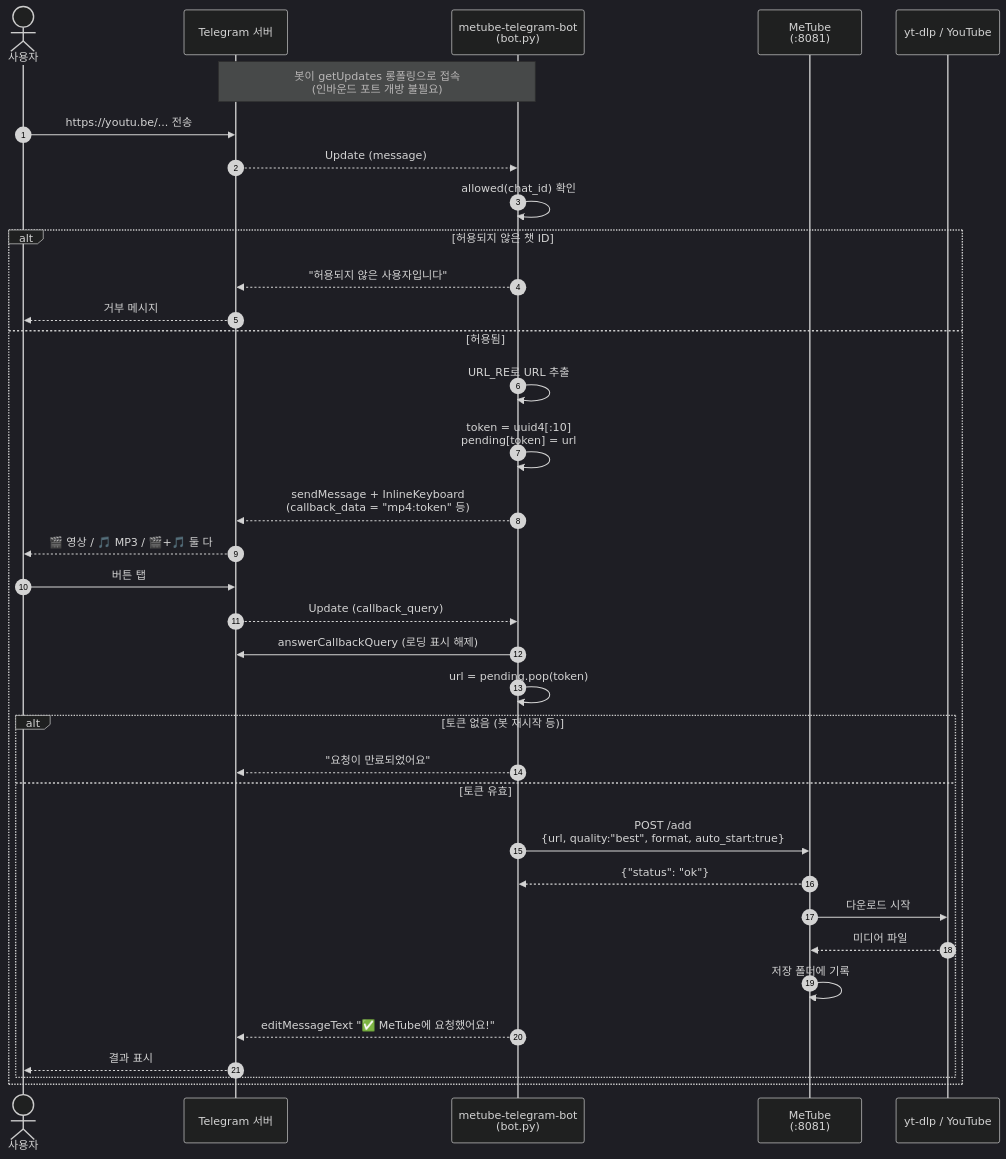
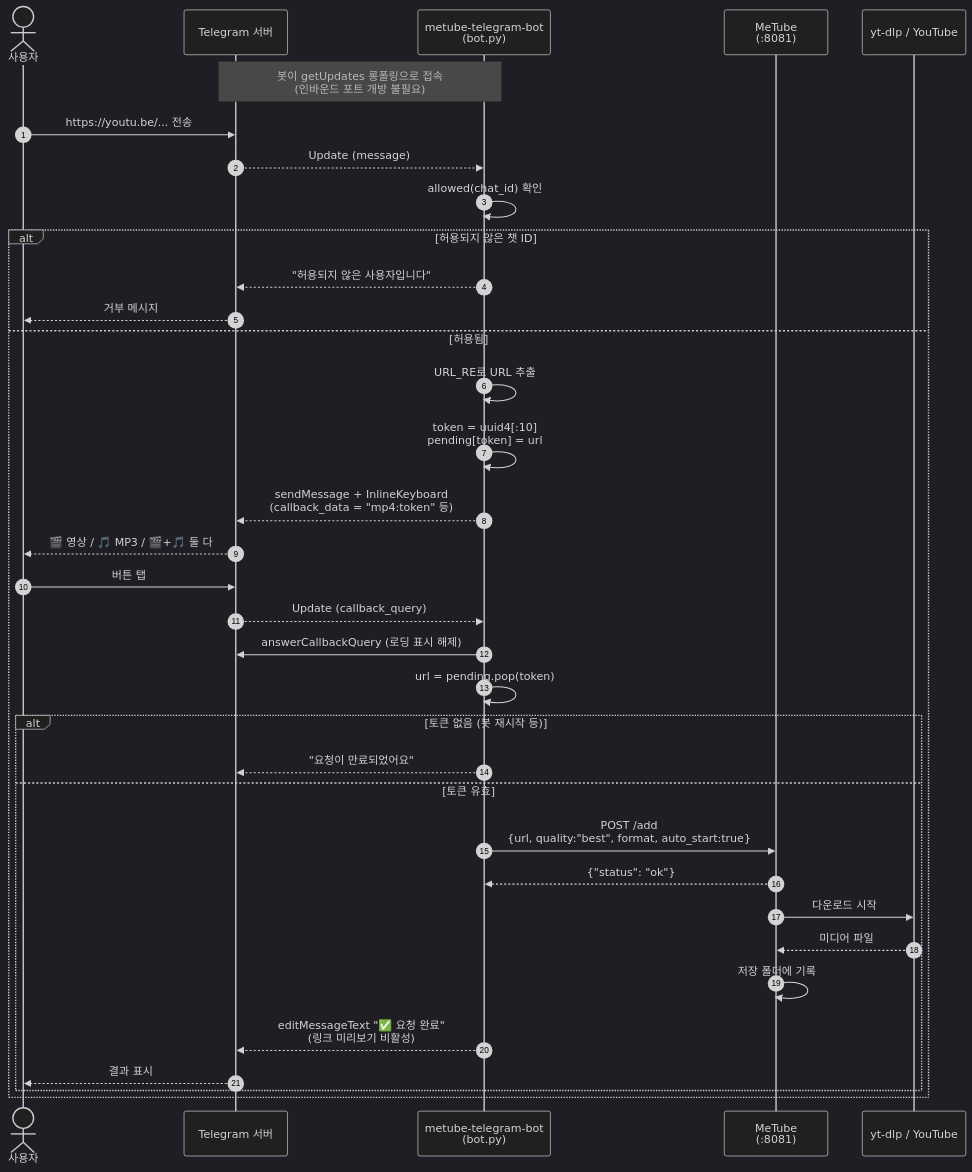
One commit to progh2/metube-telegram-bot changed the first of 7 diagrams in README.md. Above: the diagram before and after it, drawn with Mermaid (dark theme). The commit also changed other lines of this file and 1 other file, not shown here.

First line of the commit message:
fix: 봇 응답의 링크 미리보기 카드 제거 및 문구 간소화

````diff
--- a/README.md
+++ b/README.md
@@ -46,42 +47,42 @@
 ```mermaid
 sequenceDiagram
     autonumber
     actor U as 사용자
     participant TG as Telegram 서버
     participant B as metube-telegram-bot<br/>(bot.py)
     participant M as MeTube<br/>(:8081)
     participant Y as yt-dlp / YouTube
 
     Note over B,TG: 봇이 getUpdates 롱폴링으로 접속<br/>(인바운드 포트 개방 불필요)
 
     U->>TG: https://youtu.be/... 전송
     TG-->>B: Update (message)
 
     B->>B: allowed(chat_id) 확인
     alt 허용되지 않은 챗 ID
         B-->>TG: "허용되지 않은 사용자입니다"
         TG-->>U: 거부 메시지
     else 허용됨
         B->>B: URL_RE로 URL 추출
         B->>B: token = uuid4[:10]<br/>pending[token] = url
         B-->>TG: sendMessage + InlineKeyboard<br/>(callback_data = "mp4:token" 등)
         TG-->>U: 🎬 영상 / 🎵 MP3 / 🎬+🎵 둘 다
 
         U->>TG: 버튼 탭
         TG-->>B: Update (callback_query)
         B->>TG: answerCallbackQuery (로딩 표시 해제)
         B->>B: url = pending.pop(token)
 
         alt 토큰 없음 (봇 재시작 등)
             B-->>TG: "요청이 만료되었어요"
         else 토큰 유효
             B->>M: POST /add<br/>{url, quality:"best", format, auto_start:true}
             M-->>B: {"status": "ok"}
             M->>Y: 다운로드 시작
             Y-->>M: 미디어 파일
             M->>M: 저장 폴더에 기록
-            B-->>TG: editMessageText "✅ MeTube에 요청했어요!"
+            B-->>TG: editMessageText "✅ 요청 완료"<br/>(링크 미리보기 비활성)
             TG-->>U: 결과 표시
         end
     end
 ```
````
